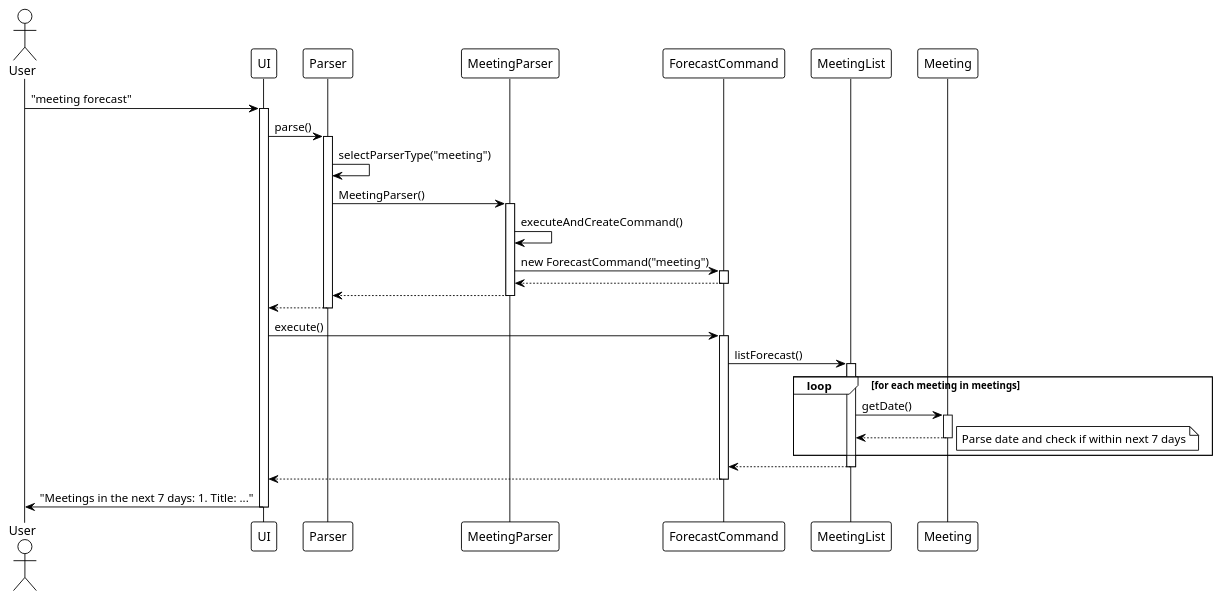
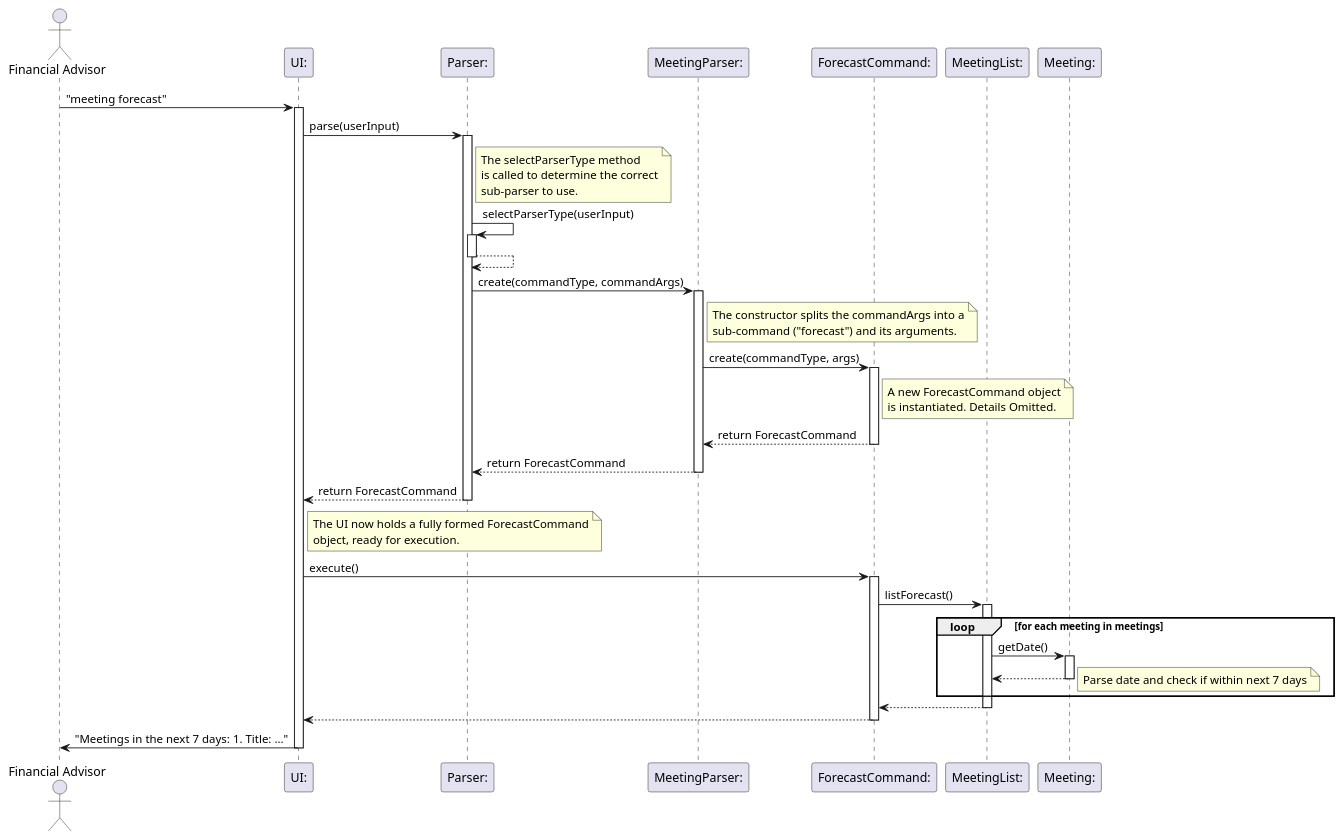
One commit to ZT712002/tp changed the diagram in docs/umldiagrams/meetingforecastsequence.puml. Above: the diagram before and after it, drawn with PlantUML. The commit also changed 1 other file, not shown here.

Commit message:
Update meeting forecast sequence diagram

```diff
--- a/docs/umldiagrams/meetingforecastsequence.puml
+++ b/docs/umldiagrams/meetingforecastsequence.puml
@@ -1,59 +1,69 @@
 @startuml meeting-sequence_diagram_Forecast
-!theme plain
 
-actor User
-participant UI
-participant Parser
-participant MeetingParser
-participant ForecastCommand
-participant MeetingList
-participant Meeting
+actor User as "Financial Advisor"
+participant UI as "UI:"
+participant Parser as "Parser:"
+participant MeetingParser as "MeetingParser:"
+participant ForecastCommand as "ForecastCommand:"
+participant MeetingList as "MeetingList:"
+participant Meeting as "Meeting:"
 
 User -> UI: "meeting forecast"
 activate UI
 
-UI -> Parser: parse()
+UI -> Parser: parse(userInput)
 activate Parser
 
-Parser -> Parser: selectParserType("meeting")
-Parser -> MeetingParser: MeetingParser()
+note right of Parser: The selectParserType method\nis called to determine the correct\nsub-parser to use.
+
+Parser -> Parser: selectParserType(userInput)
+activate Parser
+Parser --> Parser:
+deactivate Parser
+
+Parser -> MeetingParser: create(commandType, commandArgs)
 activate MeetingParser
 
-MeetingParser -> MeetingParser: executeAndCreateCommand()
-MeetingParser -> ForecastCommand: new ForecastCommand("meeting")
+note right of MeetingParser: The constructor splits the commandArgs into a\nsub-command ("forecast") and its arguments.
+
+MeetingParser -> ForecastCommand: create(commandType, args)
 activate ForecastCommand
 
-ForecastCommand --> MeetingParser:
+note right of ForecastCommand: A new ForecastCommand object\nis instantiated. Details Omitted.
+
+ForecastCommand --> MeetingParser: return ForecastCommand
 deactivate ForecastCommand
 
-MeetingParser --> Parser:
+MeetingParser --> Parser: return ForecastCommand
 deactivate MeetingParser
 
-Parser --> UI:
+Parser --> UI: return ForecastCommand
 deactivate Parser
+
+note right of UI: The UI now holds a fully formed ForecastCommand\nobject, ready for execution.
 
 UI -> ForecastCommand: execute()
 activate ForecastCommand
 
 ForecastCommand -> MeetingList: listForecast()
 activate MeetingList
 
 loop for each meeting in meetings
 MeetingList -> Meeting: getDate()
 activate Meeting
 Meeting --> MeetingList:
 deactivate Meeting
 
 note right: Parse date and check if within next 7 days
 end
 
 MeetingList --> ForecastCommand:
 deactivate MeetingList
 
 ForecastCommand --> UI:
 deactivate ForecastCommand
 
 UI -> User: "Meetings in the next 7 days: 1. Title: ..."
 deactivate UI
 
 @enduml
```
